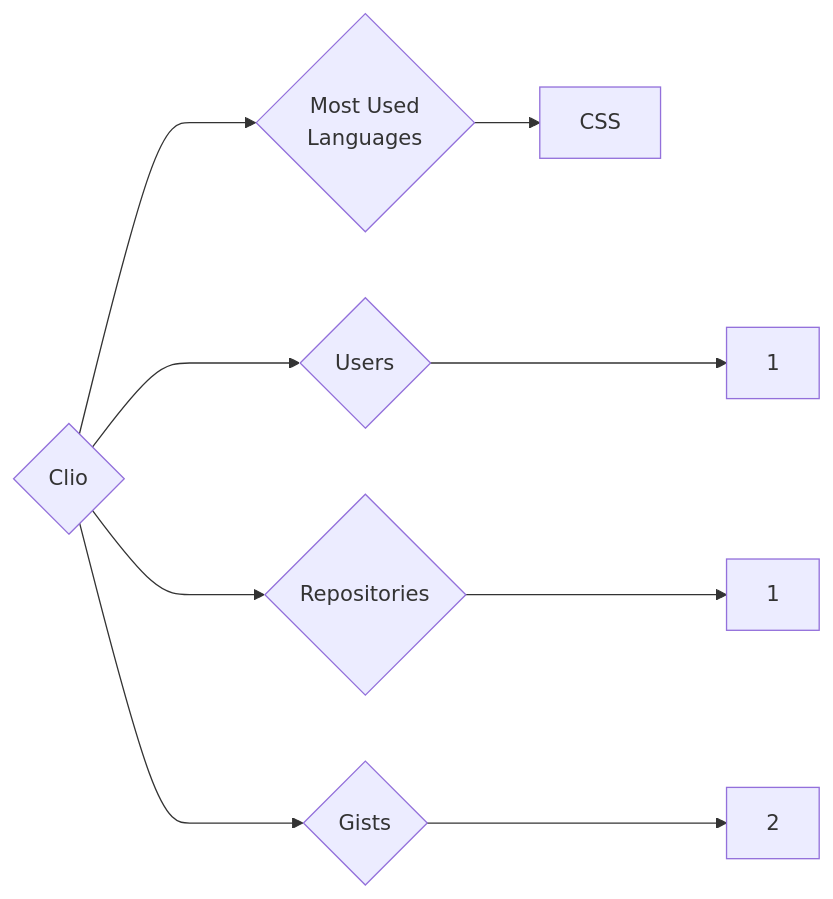
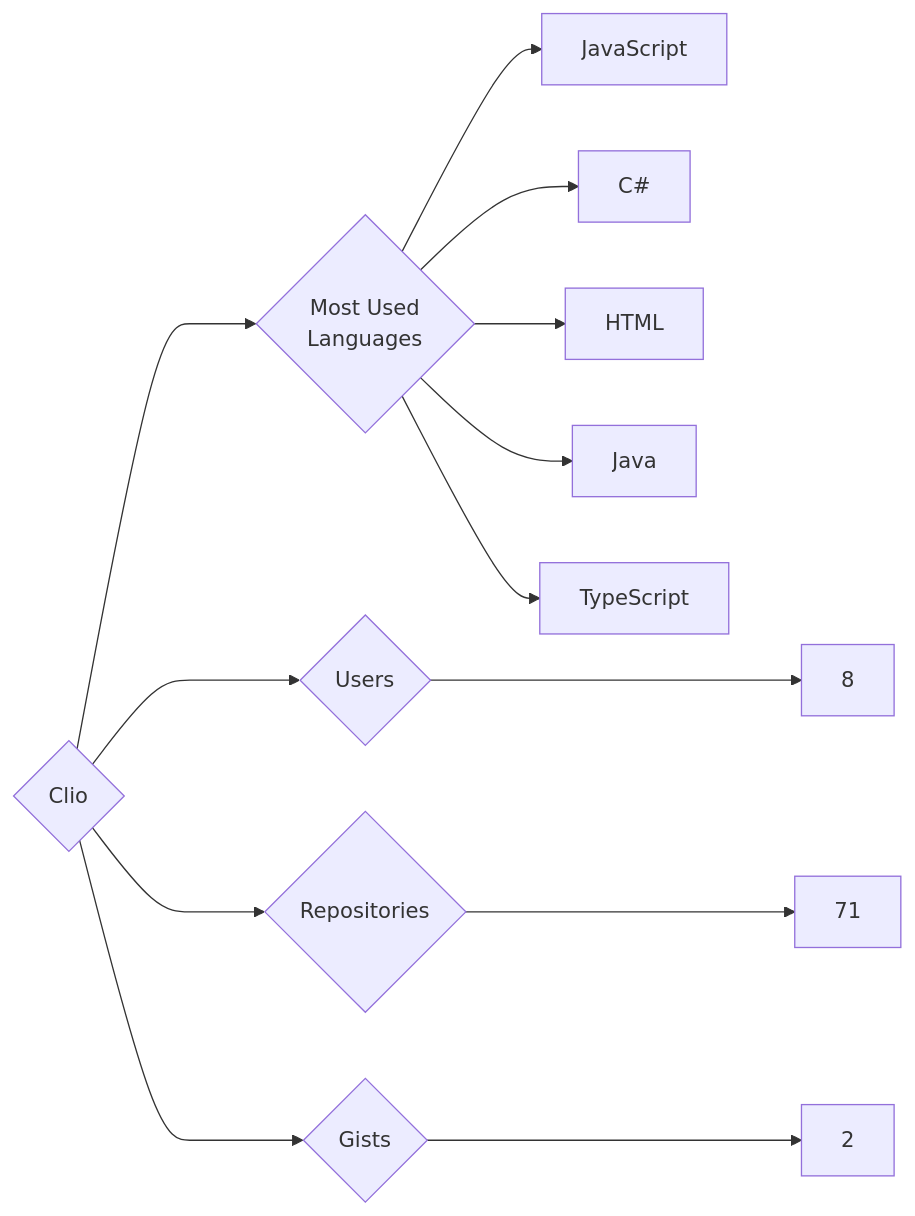
The diagram in targets/Clio/README.md (trickest/insiders), drawn with Mermaid before and after one commit. The commit also changed 1166 other files, not shown here.

````diff
--- a/targets/Clio/README.md
+++ b/targets/Clio/README.md
@@ -3,9 +3,13 @@
 ```mermaid
 graph LR
 COMPANY_NAME{Clio}
-COMPANY_NAME ---> U{Users} ---> UN[1]
-COMPANY_NAME ---> R{Repositories} ---> RN[1]
+COMPANY_NAME ---> U{Users} ---> UN[8]
+COMPANY_NAME ---> R{Repositories} ---> RN[71]
 COMPANY_NAME ---> G{Gists} ---> GN[2]
 COMPANY_NAME ---> ML{Most Used<br>Languages}
-ML --> CSS[CSS]
+ML --> JavaScript[JavaScript]
+ML --> C#[C#]
+ML --> HTML[HTML]
+ML --> Java[Java]
+ML --> TypeScript[TypeScript]
 ```
````
